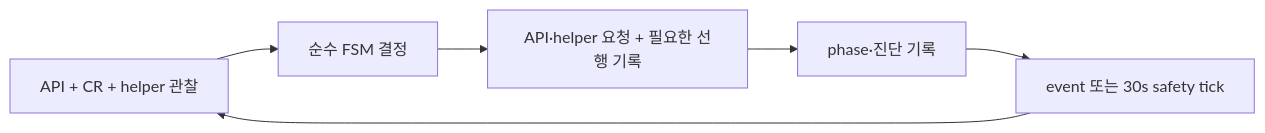
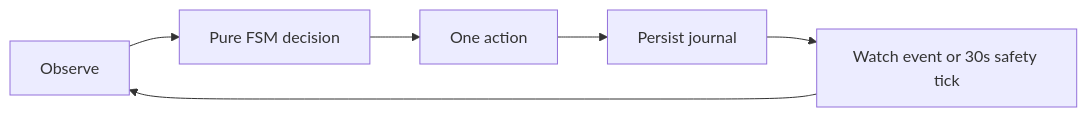
One commit to cagojeiger/ShiftPV changed the second of 5 diagrams in docs/spec/volume-mobility.md. Above: the diagram before and after it, drawn with Mermaid. The commit also changed other lines of this file and 166 other files, not shown here.

````diff
--- a/docs/spec/volume-mobility.md
+++ b/docs/spec/volume-mobility.md
@@ -92,8 +80,8 @@
 ```mermaid
 flowchart LR
-    OBS[API + CR + helper 관찰] --> DECIDE[순수 FSM 결정]
-    DECIDE --> ACTION[API·helper 요청 + 필요한 선행 기록]
-    ACTION --> SAVE[phase·진단 기록]
-    SAVE --> EVENT[event 또는 30s safety tick]
-    EVENT --> OBS
+    O[Observe] --> D[Pure FSM decision]
+    D --> A[One action]
+    A --> J[Persist journal]
+    J --> E[Watch event or 30s safety tick]
+    E --> O
 ```
````
